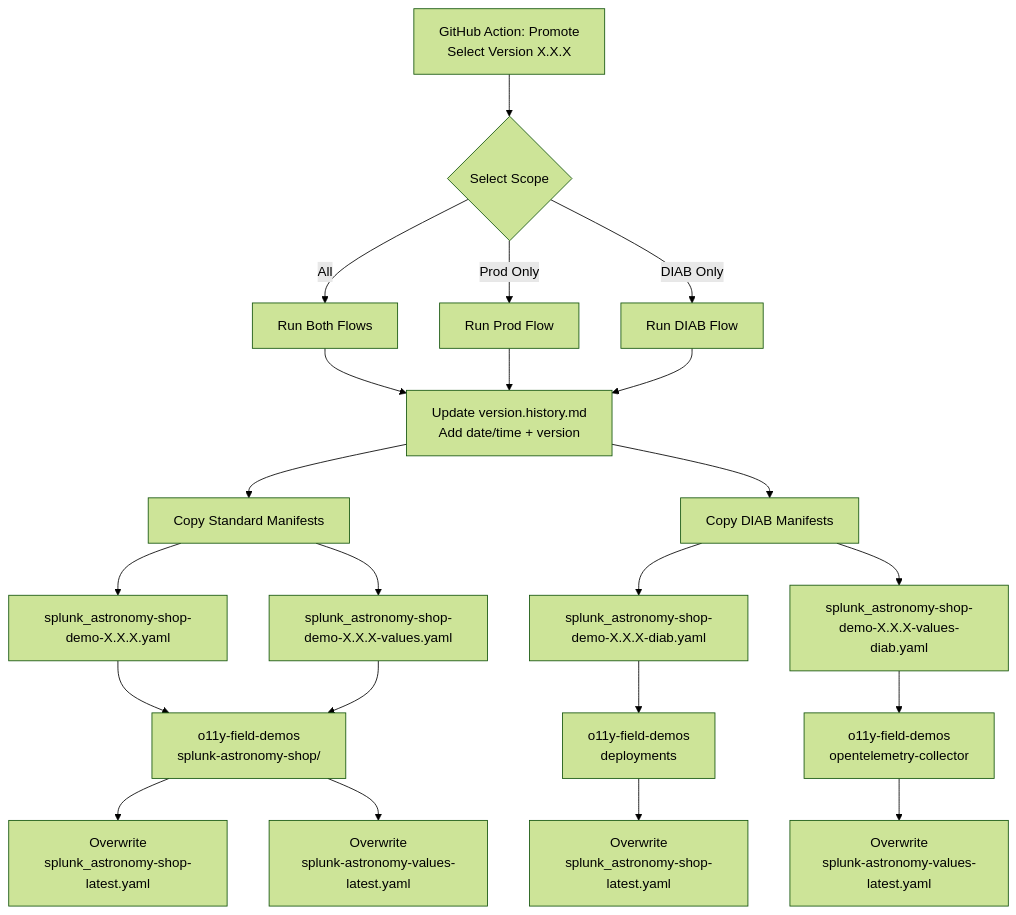
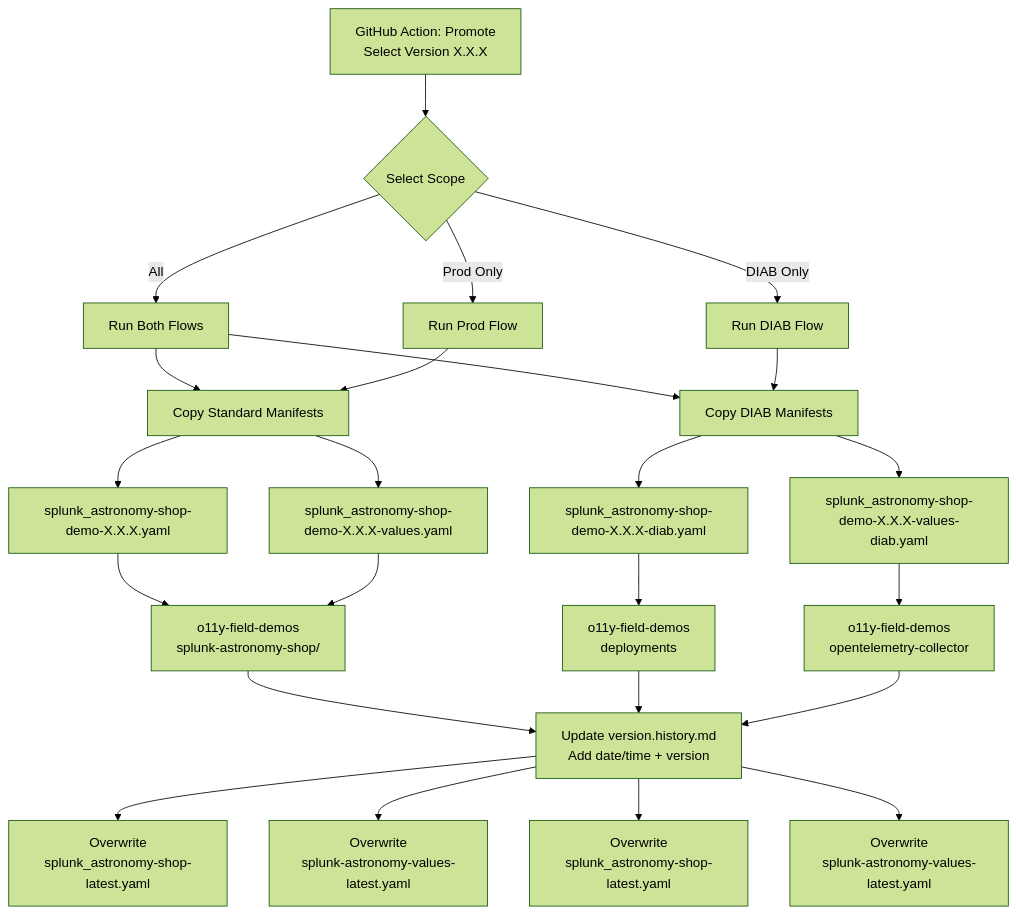
One commit to splunk/opentelemetry-demo changed the diagram in kubernetes/deploymentplan.md. Above: the diagram before and after it, drawn with Mermaid (forest theme).

````diff
--- a/kubernetes/deploymentplan.md
+++ b/kubernetes/deploymentplan.md
@@ -1,44 +1,55 @@
 ```mermaid
 flowchart TD
 
     A[GitHub Action: Promote<br/>Select Version X.X.X]
 
     A --> B{Select Scope}
 
     B -->|All| C[Run Both Flows]
     B -->|Prod Only| D[Run Prod Flow]
     B -->|DIAB Only| E[Run DIAB Flow]
 
-    %% Version history step
-    C --> VH[Update version.history.md<br/>Add date/time + version]
-    D --> VH
-    E --> VH
-
     %% -------------------
     %% PROD FLOW
     %% -------------------
-    VH --> P1[Copy Standard Manifests]
+    C --> P1
+    D --> P1
+
+    P1[Copy Standard Manifests]
 
     P1 --> P2[splunk_astronomy-shop-demo-X.X.X.yaml]
     P1 --> P3[splunk_astronomy-shop-demo-X.X.X-values.yaml]
 
     P2 --> P4[o11y-field-demos<br/>splunk-astronomy-shop/]
     P3 --> P4
 
-    P4 --> P5[Overwrite<br/>splunk_astronomy-shop-latest.yaml]
-    P4 --> P6[Overwrite<br/>splunk-astronomy-values-latest.yaml]
-
     %% -------------------
     %% DIAB FLOW
     %% -------------------
-    VH --> D1[Copy DIAB Manifests]
+    C --> D1
+    E --> D1
+
+    D1[Copy DIAB Manifests]
 
     D1 --> D2[splunk_astronomy-shop-demo-X.X.X-diab.yaml]
     D1 --> D3[splunk_astronomy-shop-demo-X.X.X-values-diab.yaml]
 
     D2 --> D4[o11y-field-demos<br/>deployments]
     D3 --> D5[o11y-field-demos<br/>opentelemetry-collector]
 
-    D4 --> D6[Overwrite<br/>splunk_astronomy-shop-latest.yaml]
-    D5 --> D7[Overwrite<br/>splunk-astronomy-values-latest.yaml]
+    %% -------------------
+    %% VERSION HISTORY (moved here)
+    %% -------------------
+    P4 --> VH[Update version.history.md<br/>Add date/time + version]
+    D4 --> VH
+    D5 --> VH
+
+    %% -------------------
+    %% OVERWRITE LATEST
+    %% -------------------
+    VH --> P5[Overwrite<br/>splunk_astronomy-shop-latest.yaml]
+    VH --> P6[Overwrite<br/>splunk-astronomy-values-latest.yaml]
+
+    VH --> D6[Overwrite<br/>splunk_astronomy-shop-latest.yaml]
+    VH --> D7[Overwrite<br/>splunk-astronomy-values-latest.yaml]
 ```
````
